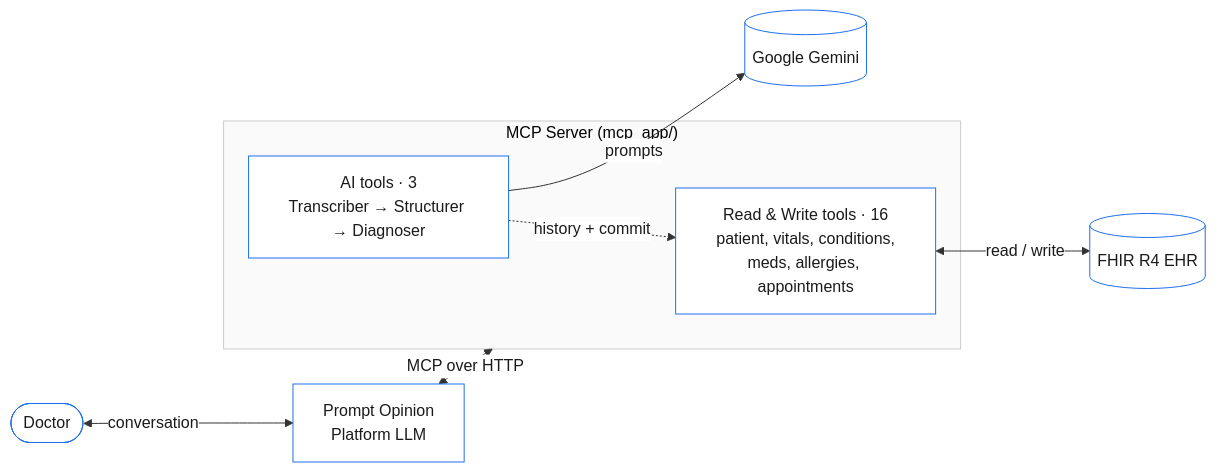
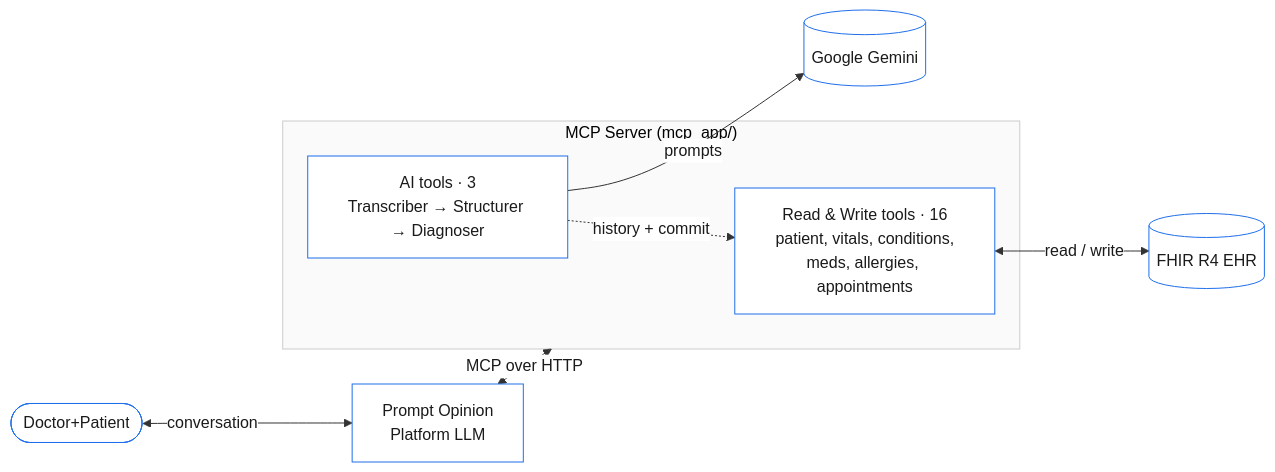
One commit to aniketd2909/promptopinion changed the diagram in README.md. Above: the diagram before and after it, drawn with Mermaid. The commit also changed other lines of this file, not shown here.

Commit message:
updated flowchart

````diff
--- a/README.md
+++ b/README.md
@@ -12,20 +12,20 @@
 ```mermaid
 %%{init: {'theme':'base','themeVariables':{'background':'#ffffff','primaryColor':'#ffffff','primaryTextColor':'#1a1a1a','primaryBorderColor':'#1f6feb','lineColor':'#333333','secondaryColor':'#f6f8fa','tertiaryColor':'#ffffff','clusterBkg':'#fafafa','clusterBorder':'#cccccc','edgeLabelBackground':'#ffffff'}}}%%
 flowchart LR
-    Doctor([Doctor])
+    Doctor([Doctor+Patient])
     LLM[Prompt Opinion<br/>Platform LLM]
 
     subgraph Server["MCP Server (mcp_app/)"]
         Chart["Read &amp; Write tools · 16<br/>patient, vitals, conditions,<br/>meds, allergies, appointments"]
         AI["AI tools · 3<br/>Transcriber → Structurer → Diagnoser"]
     end
 
     Gemini[(Google Gemini)]
     FHIR[(FHIR R4 EHR)]
 
     Doctor <-->|conversation| LLM
     LLM <-->|MCP over HTTP| Server
     AI -->|prompts| Gemini
     Chart <-->|read / write| FHIR
     AI -.history + commit.-> Chart
 ```
````
